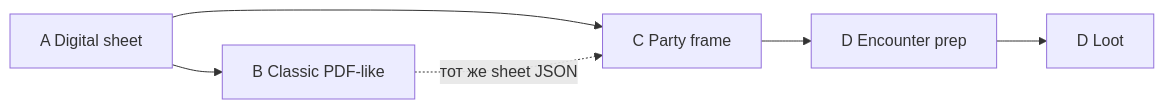
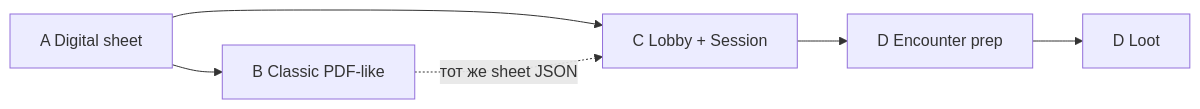
The second of 2 diagrams in README.md (igorpogulaev485-code/Dvarf), drawn with Mermaid before and after one commit. The commit also changed other lines of this file and 21 other files, not shown here.

First line of the commit message:
Add lobby join flow with settings and sessions

````diff
--- a/README.md
+++ b/README.md
@@ -130,8 +120,8 @@
 ```mermaid
 flowchart LR
   A[A Digital sheet] --> B[B Classic PDF-like]
-  A --> C[C Party frame]
+  A --> C[C Lobby + Session]
   B -.->|тот же sheet JSON| C
   C --> D1[D Encounter prep]
   D1 --> D2[D Loot]
 ```
````
